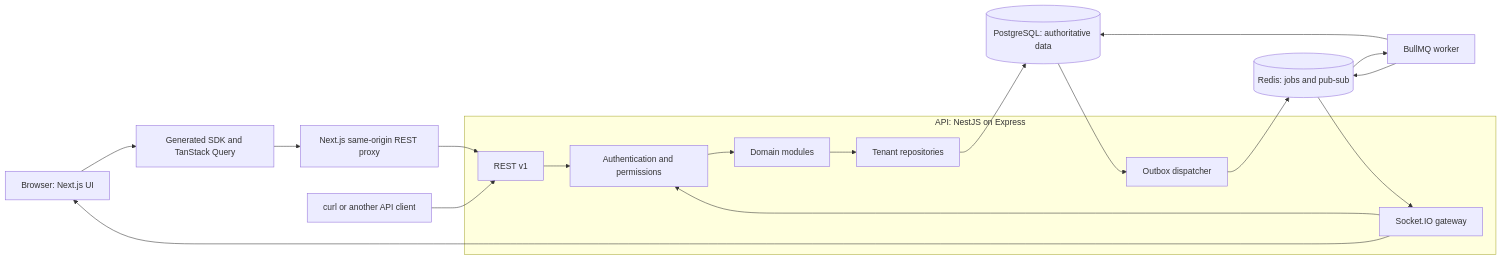
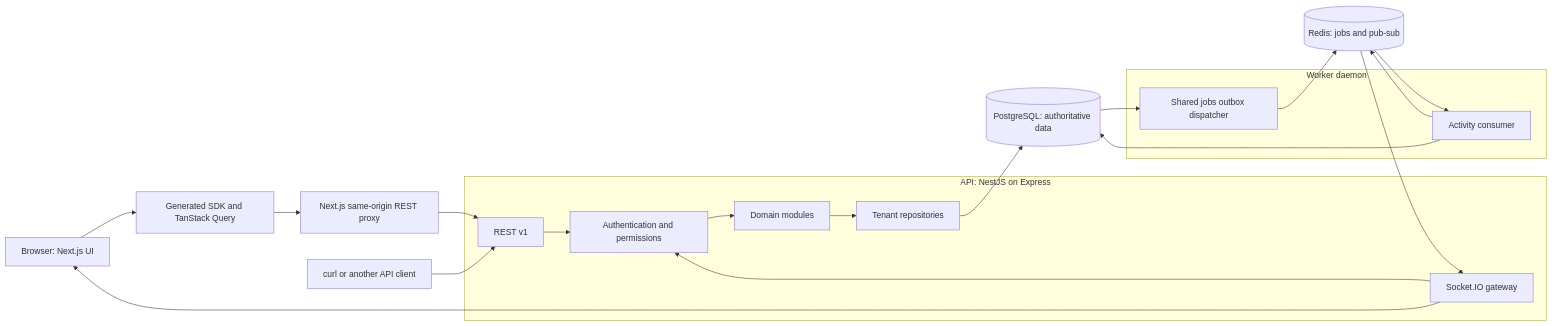
Before and after one commit to ashvir99260/flowboard: the first of 3 diagrams in docs/HLD.md, drawn with Mermaid. The commit also changed other lines of this file and 42 other files, not shown here.

Commit message:
docs: reconcile architecture with deployed services

````diff
--- a/docs/HLD.md
+++ b/docs/HLD.md
@@ -17,23 +17,26 @@
 ```mermaid
 flowchart LR
   Browser[Browser: Next.js UI] --> SDK[Generated SDK and TanStack Query]
   SDK --> Proxy[Next.js same-origin REST proxy]
   Curl[curl or another API client] --> REST
   Proxy --> REST
   subgraph API[API: NestJS on Express]
     REST[REST v1] --> Guards[Authentication and permissions]
     Guards --> Modules[Domain modules]
     Modules --> Tenant[Tenant repositories]
-    Dispatch[Outbox dispatcher]
     Gateway[Socket.IO gateway]
     Gateway --> Guards
+  end
+  subgraph WorkerProcess[Worker daemon]
+    Dispatch[Shared jobs outbox dispatcher]
+    Worker[Activity consumer]
   end
   Tenant --> PG[(PostgreSQL: authoritative data)]
   PG --> Dispatch
   Dispatch --> Redis[(Redis: jobs and pub-sub)]
-  Redis --> Worker[BullMQ worker]
+  Redis --> Worker
   Worker --> PG
   Worker --> Redis
   Redis --> Gateway
   Gateway --> Browser
 ```
````
